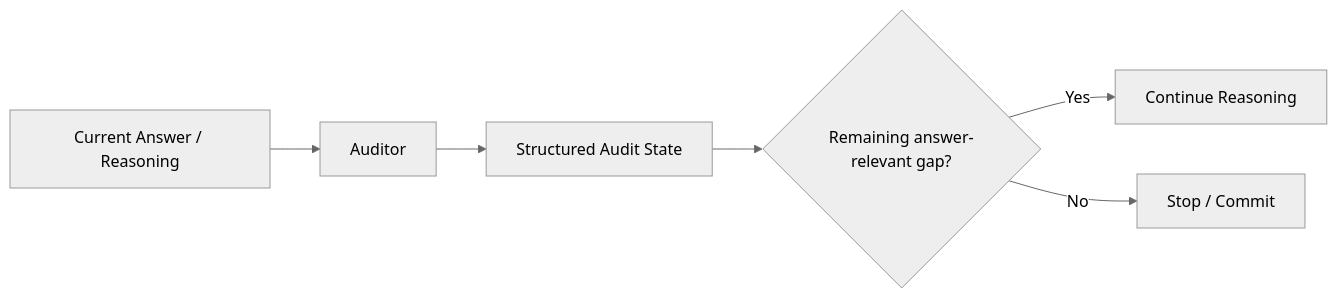
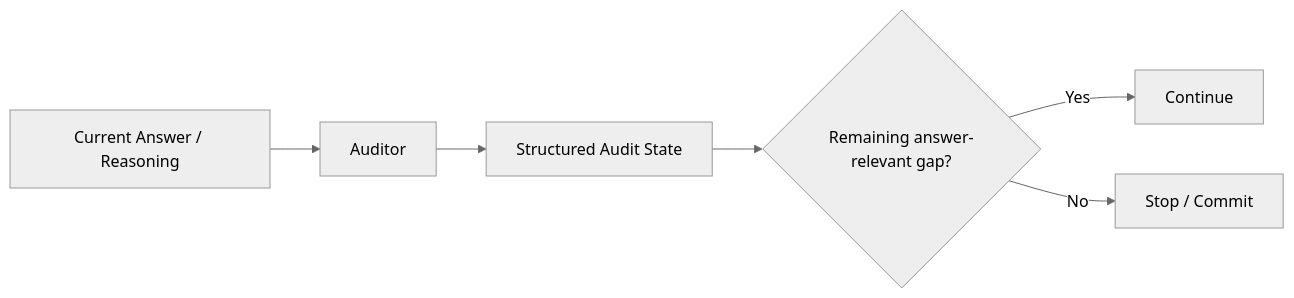
The fourth of 6 diagrams in LLM_Agent_Data/04_Reasoning_Data_and_Process_Supervision.md (JiangHui0203/Homework), drawn with Mermaid (neutral theme) before and after one commit. The commit also changed other lines of this file, not shown here.

Commit message:
Refine chapter 4 as canonical reasoning-state supervision chapter

````diff
--- a/LLM_Agent_Data/04_Reasoning_Data_and_Process_Supervision.md
+++ b/LLM_Agent_Data/04_Reasoning_Data_and_Process_Supervision.md
@@ -903,8 +950,8 @@
 ```mermaid
 flowchart LR
     A[Current Answer / Reasoning] --> B[Auditor]
     B --> C[Structured Audit State]
     C --> D{Remaining answer-relevant gap?}
-    D -->|Yes| E[Continue Reasoning]
+    D -->|Yes| E[Continue]
     D -->|No| F[Stop / Commit]
 ```
````
